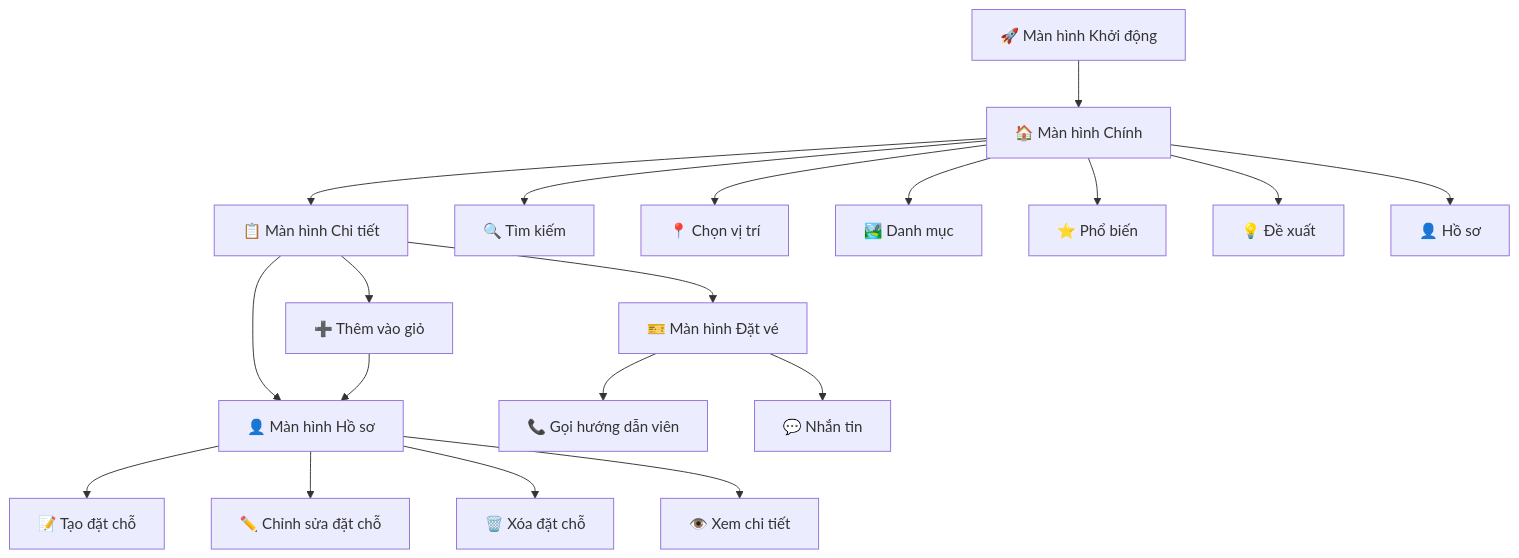
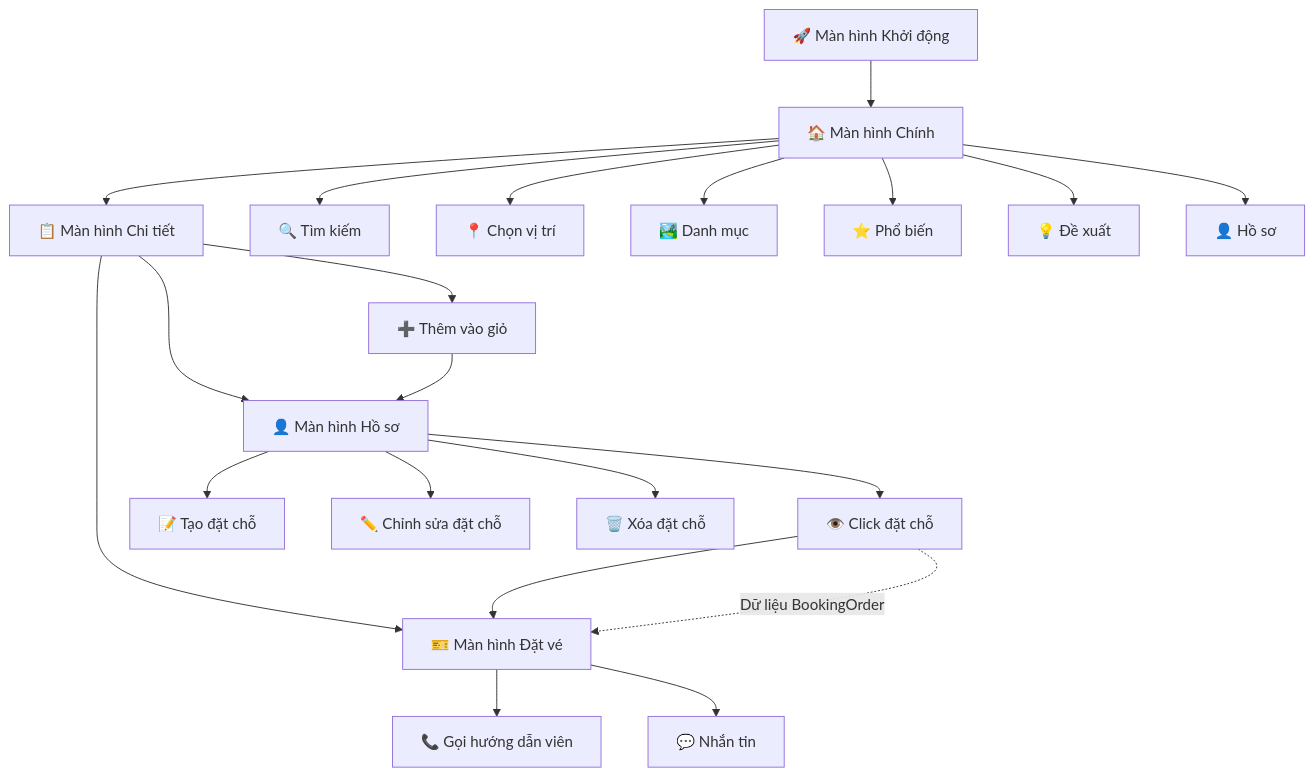
Before and after one commit to holdennguyen/travel-app-android: the first of 7 diagrams in README.md, drawn with Mermaid. The commit also changed other lines of this file and 2 other files, not shown here.

````diff
--- a/README.md
+++ b/README.md
@@ -44,23 +44,25 @@
 ```mermaid
 graph TD
     A[🚀 Màn hình Khởi động] --> B[🏠 Màn hình Chính]
     B --> C[📋 Màn hình Chi tiết]
     C --> D[🎫 Màn hình Đặt vé]
     C --> E[👤 Màn hình Hồ sơ]
     
     B --> F[🔍 Tìm kiếm]
     B --> G[📍 Chọn vị trí]
     B --> H[🏞️ Danh mục]
     B --> I[⭐ Phổ biến]
     B --> J[💡 Đề xuất]
     B --> K[👤 Hồ sơ]
     
     D --> L[📞 Gọi hướng dẫn viên]
     D --> M[💬 Nhắn tin]
     
     C --> N["➕ Thêm vào giỏ"] --> E
     E --> O[📝 Tạo đặt chỗ]
     E --> P[✏️ Chỉnh sửa đặt chỗ]
     E --> Q[🗑️ Xóa đặt chỗ]
-    E --> R[👁️ Xem chi tiết]
+    E --> R["👁️ Click đặt chỗ"] --> D
+    
+    R -.->|"Dữ liệu BookingOrder"| D
 ```
````
